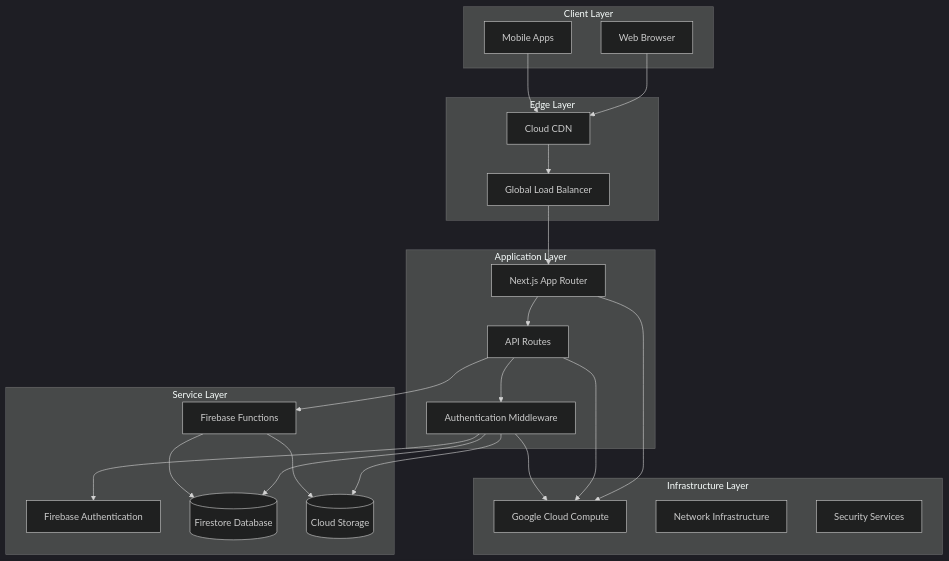
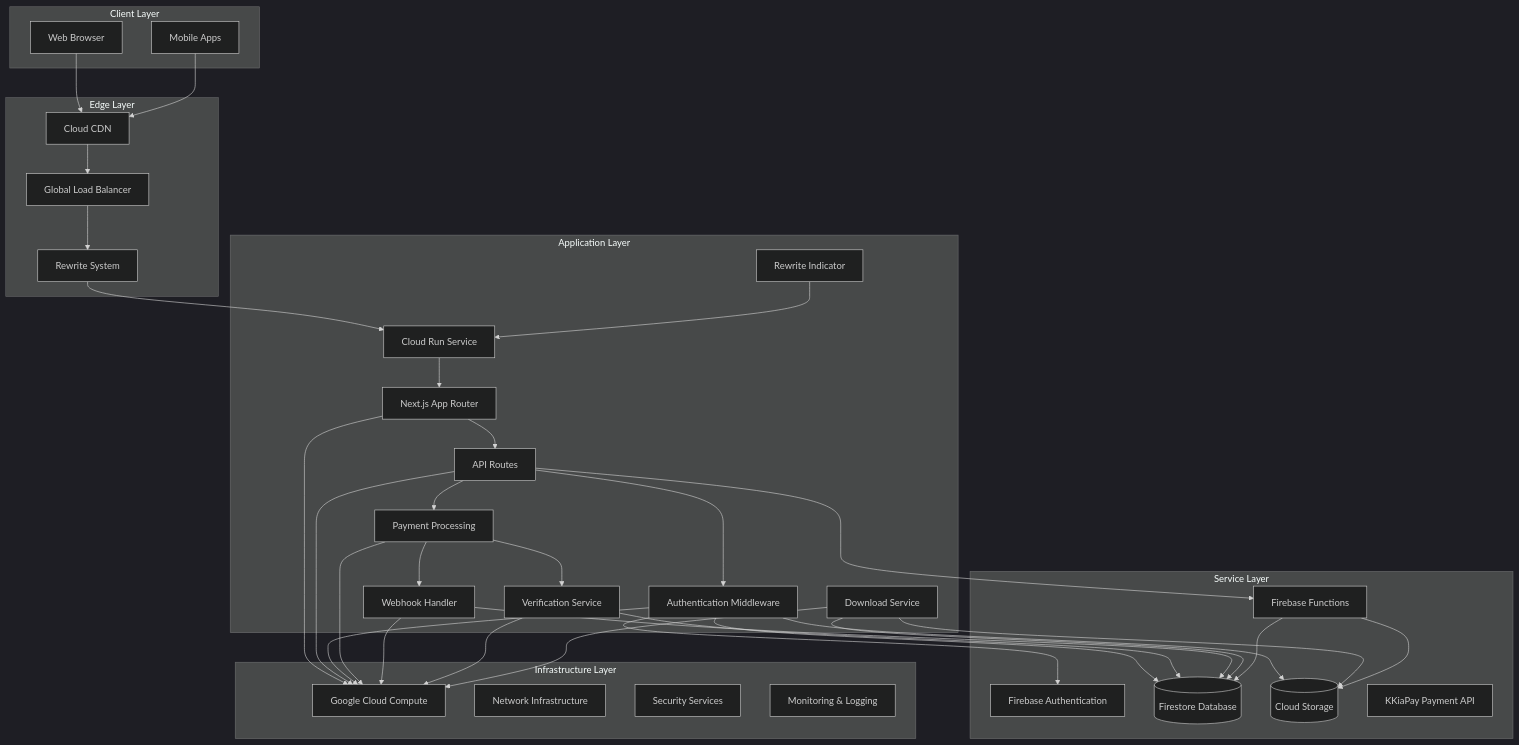
The fourth of 13 diagrams in .qoder/repowiki/en/content/Development Guidelines/Google Cloud App Hosting Deployment.md (alikizang/datafrica), drawn with Mermaid (dark theme) before and after one commit. The commit also changed other lines of this file and 21 other files, not shown here.

````diff
--- a/.qoder/repowiki/en/content/Development Guidelines/Google Cloud App Hosting Deployment.md
+++ b/.qoder/repowiki/en/content/Development Guidelines/Google Cloud App Hosting Deployment.md
@@ -189,42 +204,65 @@
 ```mermaid
 graph TB
 subgraph "Client Layer"
 Browser[Web Browser]
 Mobile[Mobile Apps]
 end
 subgraph "Edge Layer"
 CDN[Cloud CDN]
 LoadBalancer[Global Load Balancer]
+RewriteSystem[Rewrite System]
 end
 subgraph "Application Layer"
 Frontend[Next.js App Router]
 API[API Routes]
 Auth[Authentication Middleware]
+Payments[Payment Processing]
+Webhook[Webhook Handler]
+Verify[Verification Service]
+Download[Download Service]
+CloudRun[Cloud Run Service]
+RewriteIndicator[Rewrite Indicator]
 end
 subgraph "Service Layer"
 FirebaseAuth[Firebase Authentication]
 Firestore[(Firestore Database)]
 Storage[(Cloud Storage)]
 Functions[Firebase Functions]
+KKiaPay[KKiaPay Payment API]
 end
 subgraph "Infrastructure Layer"
 Compute[Google Cloud Compute]
 Networking[Network Infrastructure]
 Security[Security Services]
+Monitoring[Monitoring & Logging]
 end
 Browser --> CDN
 Mobile --> CDN
 CDN --> LoadBalancer
-LoadBalancer --> Frontend
+LoadBalancer --> RewriteSystem
+RewriteSystem --> CloudRun
+CloudRun --> Frontend
 Frontend --> API
 API --> Auth
 Auth --> FirebaseAuth
 Auth --> Firestore
 Auth --> Storage
+API --> Payments
+Payments --> Webhook
+Payments --> Verify
+Verify --> Firestore
+Webhook --> Firestore
+Download --> Firestore
+Download --> Storage
 API --> Functions
 Functions --> Firestore
 Functions --> Storage
 Frontend --> Compute
 API --> Compute
 Auth --> Compute
+Payments --> Compute
+Webhook --> Compute
+Verify --> Compute
+Download --> Compute
+RewriteIndicator --> CloudRun
 ```
````
